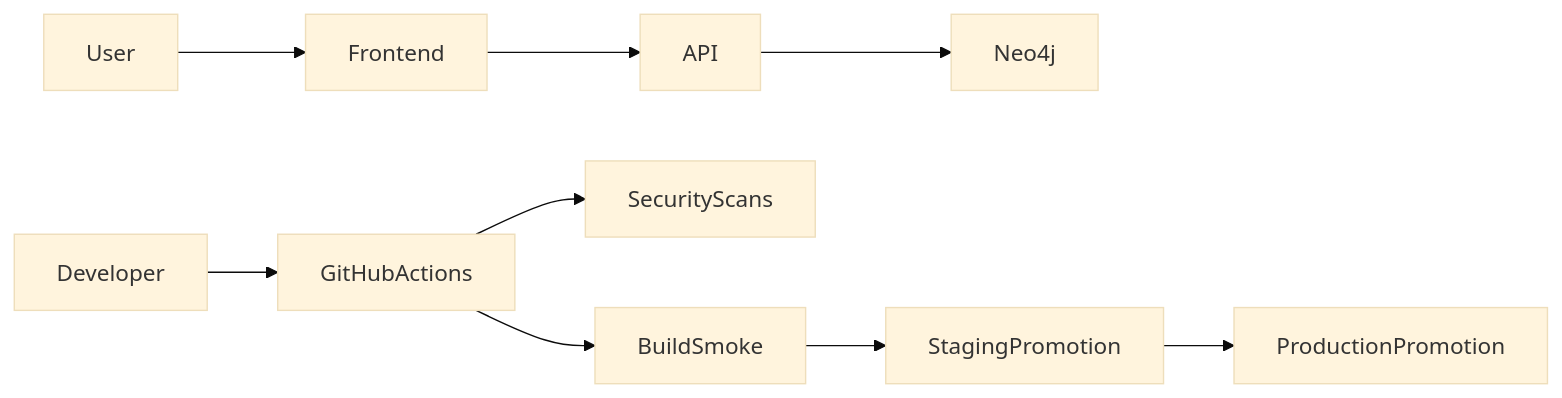
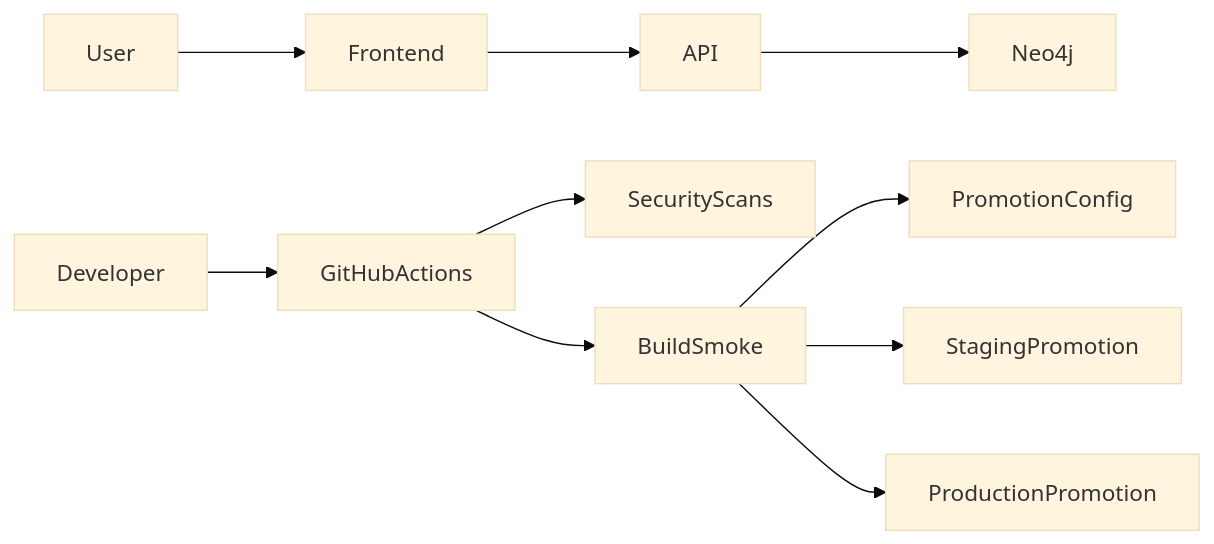
Before and after one commit to jcwilson11/TwinGraphOps: the diagram in README.md, drawn with Mermaid (base theme). The commit also changed other lines of this file and 5 other files, not shown here.

````diff
--- a/README.md
+++ b/README.md
@@ -27,11 +27,12 @@
 ```mermaid
 flowchart LR
     User --> Frontend
     Frontend --> API
     API --> Neo4j
     Developer --> GitHubActions
     GitHubActions --> SecurityScans
     GitHubActions --> BuildSmoke
+    BuildSmoke --> PromotionConfig
     BuildSmoke --> StagingPromotion
-    StagingPromotion --> ProductionPromotion
+    BuildSmoke --> ProductionPromotion
 ```
````
